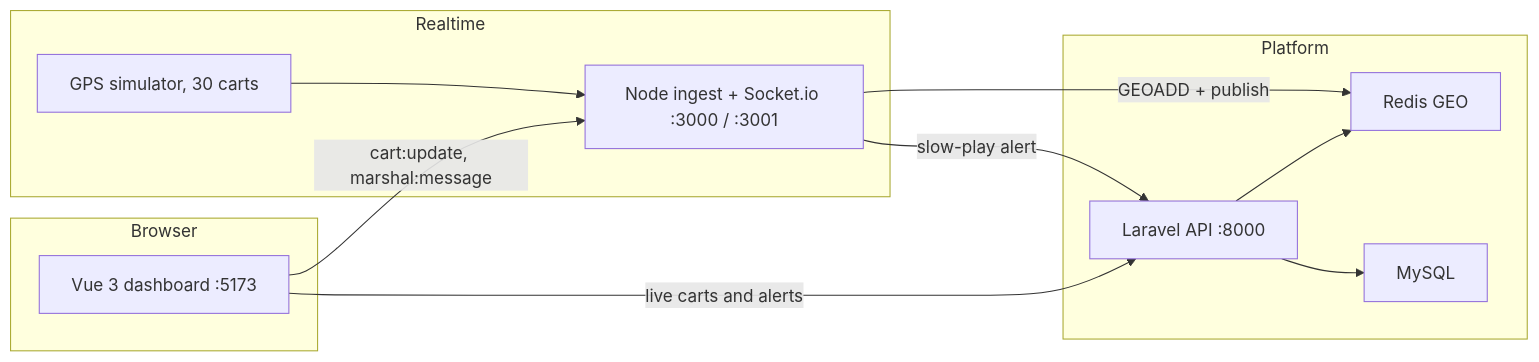
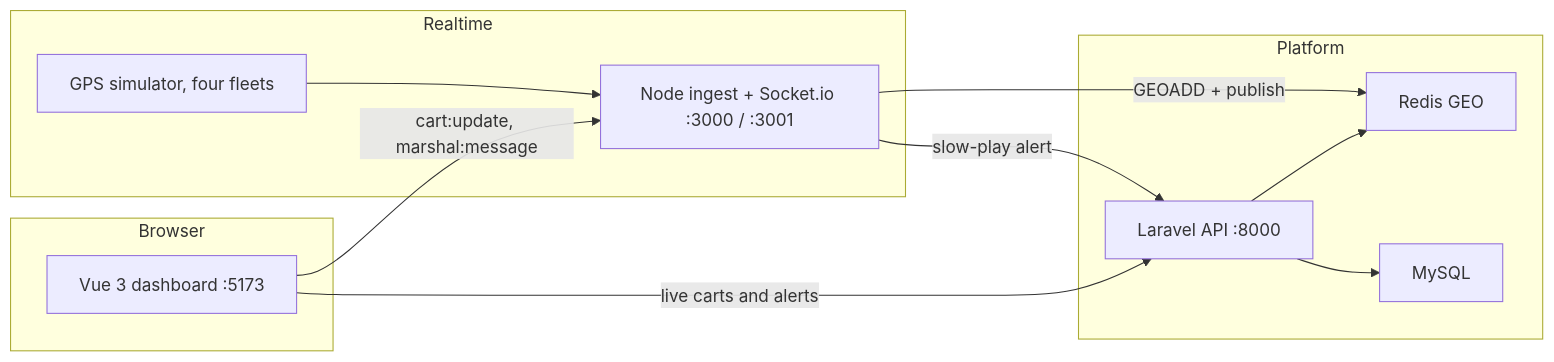
The diagram in README.md (lefelaR/tagColonel), drawn with Mermaid before and after one commit. The commit also changed other lines of this file and 19 other files, not shown here.

````diff
--- a/README.md
+++ b/README.md
@@ -23,25 +23,25 @@
 ```mermaid
 flowchart LR
   subgraph browser [Browser]
     Vue["Vue 3 dashboard :5173"]
   end
 
   subgraph realtime [Realtime]
     Node["Node ingest + Socket.io :3000 / :3001"]
-    Simulator["GPS simulator, 30 carts"]
+    Simulator["GPS simulator, four fleets"]
   end
 
   subgraph platform [Platform]
     Laravel["Laravel API :8000"]
     Redis["Redis GEO"]
     MySQL["MySQL"]
   end
 
   Simulator --> Node
   Vue -->|cart:update, marshal:message| Node
   Vue -->|live carts and alerts| Laravel
   Node -->|GEOADD + publish| Redis
   Node -->|slow-play alert| Laravel
   Laravel --> Redis
   Laravel --> MySQL
 ```
````
